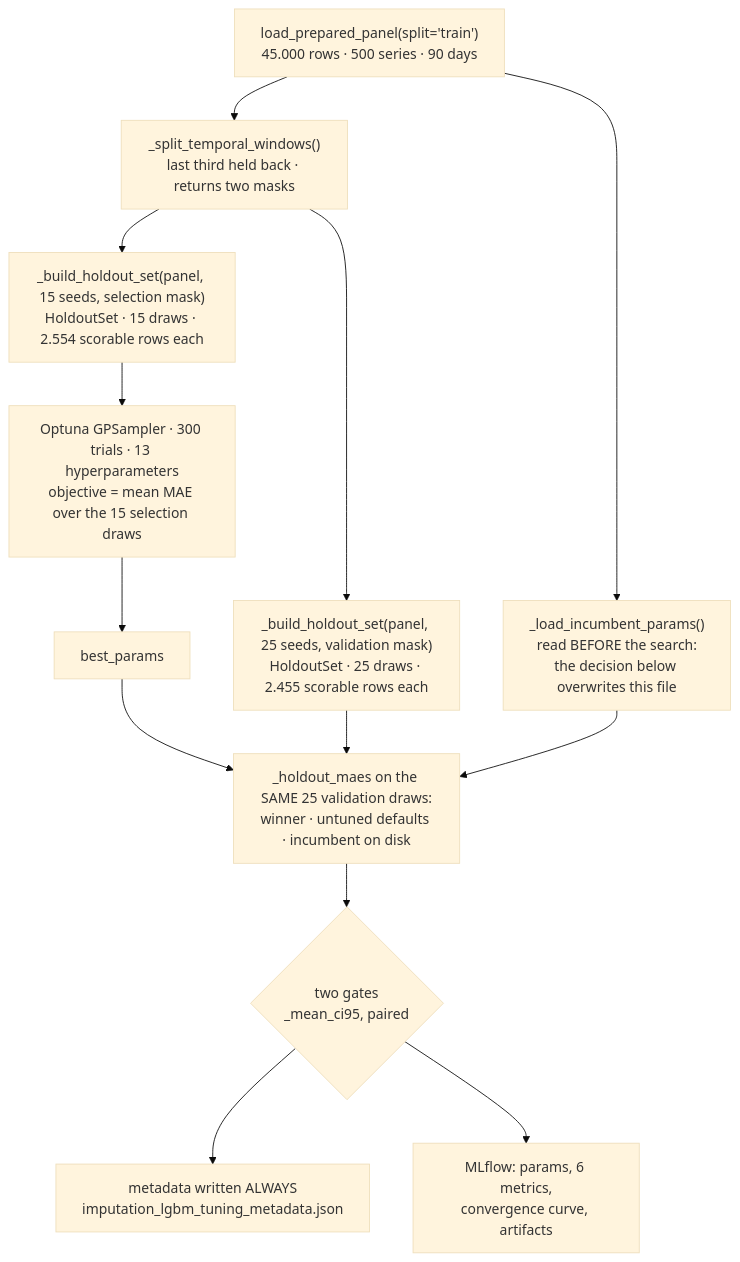
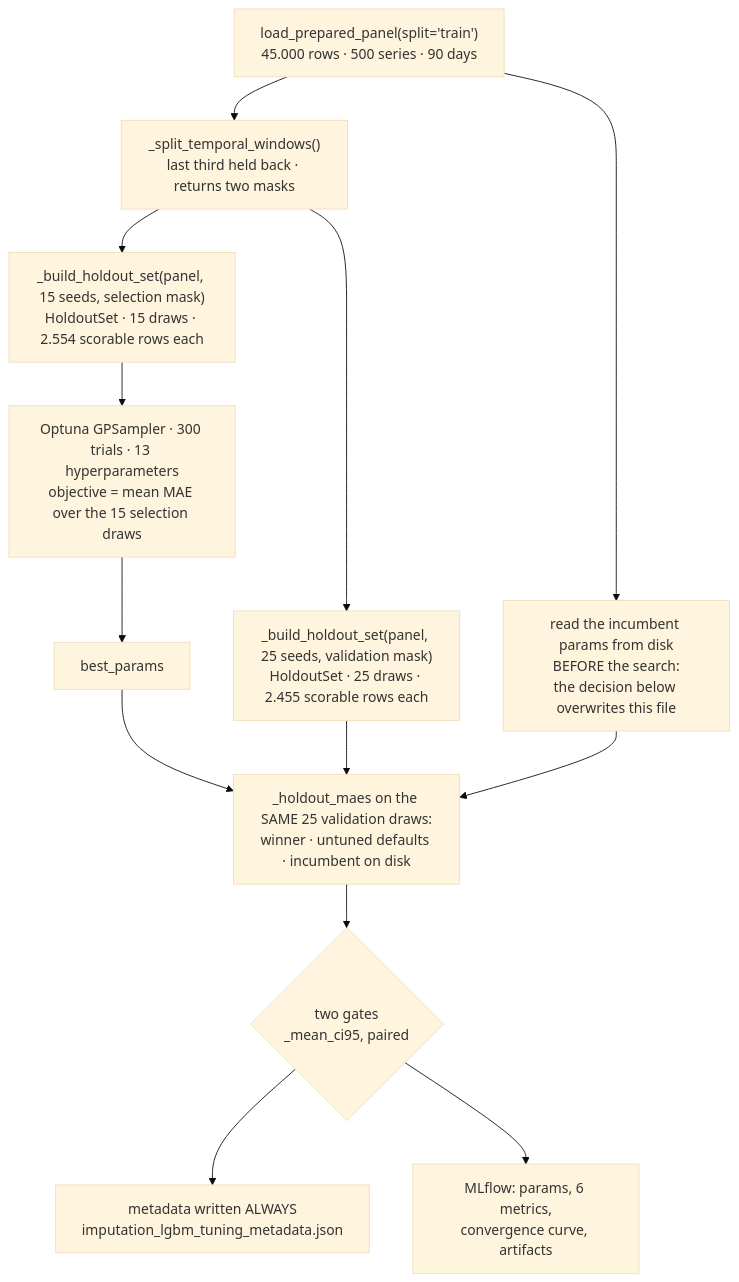
Before and after one commit to ArtemMindlin/retail-demand-forecasting-system: the first of 3 diagrams in src/retail_forecasting/forecasting/imputation_tuning.md, drawn with Mermaid (base theme). The commit also changed other lines of this file and 8 other files, not shown here.

````diff
--- a/src/retail_forecasting/forecasting/imputation_tuning.md
+++ b/src/retail_forecasting/forecasting/imputation_tuning.md
@@ -8,27 +8,27 @@
 ```mermaid
 flowchart TD
     LOAD["load_prepared_panel(split='train')<br/>45.000 rows · 500 series · 90 days"]
     SPLIT["_split_temporal_windows()<br/>last third held back · returns two masks"]
-    INC["_load_incumbent_params()<br/>read BEFORE the search:<br/>the decision below overwrites this file"]
+    INC["read the incumbent params from disk<br/>BEFORE the search:<br/>the decision below overwrites this file"]
 
     LOAD --> SPLIT
     LOAD --> INC
     SPLIT --> BSEL
     SPLIT --> BVAL
 
     BSEL["_build_holdout_set(panel, 15 seeds, selection mask)<br/>HoldoutSet · 15 draws · 2.554 scorable rows each"]
     BVAL["_build_holdout_set(panel, 25 seeds, validation mask)<br/>HoldoutSet · 25 draws · 2.455 scorable rows each"]
 
     BSEL --> SEARCH
     SEARCH["Optuna GPSampler · 300 trials · 13 hyperparameters<br/>objective = mean MAE over the 15 selection draws"]
     SEARCH --> BEST["best_params<br/>"]
 
     BEST --> SCORE
     BVAL --> SCORE
     INC --> SCORE
     SCORE["_holdout_maes on the SAME 25 validation draws:<br/>winner · untuned defaults · incumbent on disk"]
 
     SCORE --> GATES{"two gates<br/>_mean_ci95, paired"}
     GATES --> META["metadata written ALWAYS<br/>imputation_lgbm_tuning_metadata.json"]
     GATES --> MLF["MLflow: params, 6 metrics,<br/>convergence curve, artifacts"]
 ```
````
